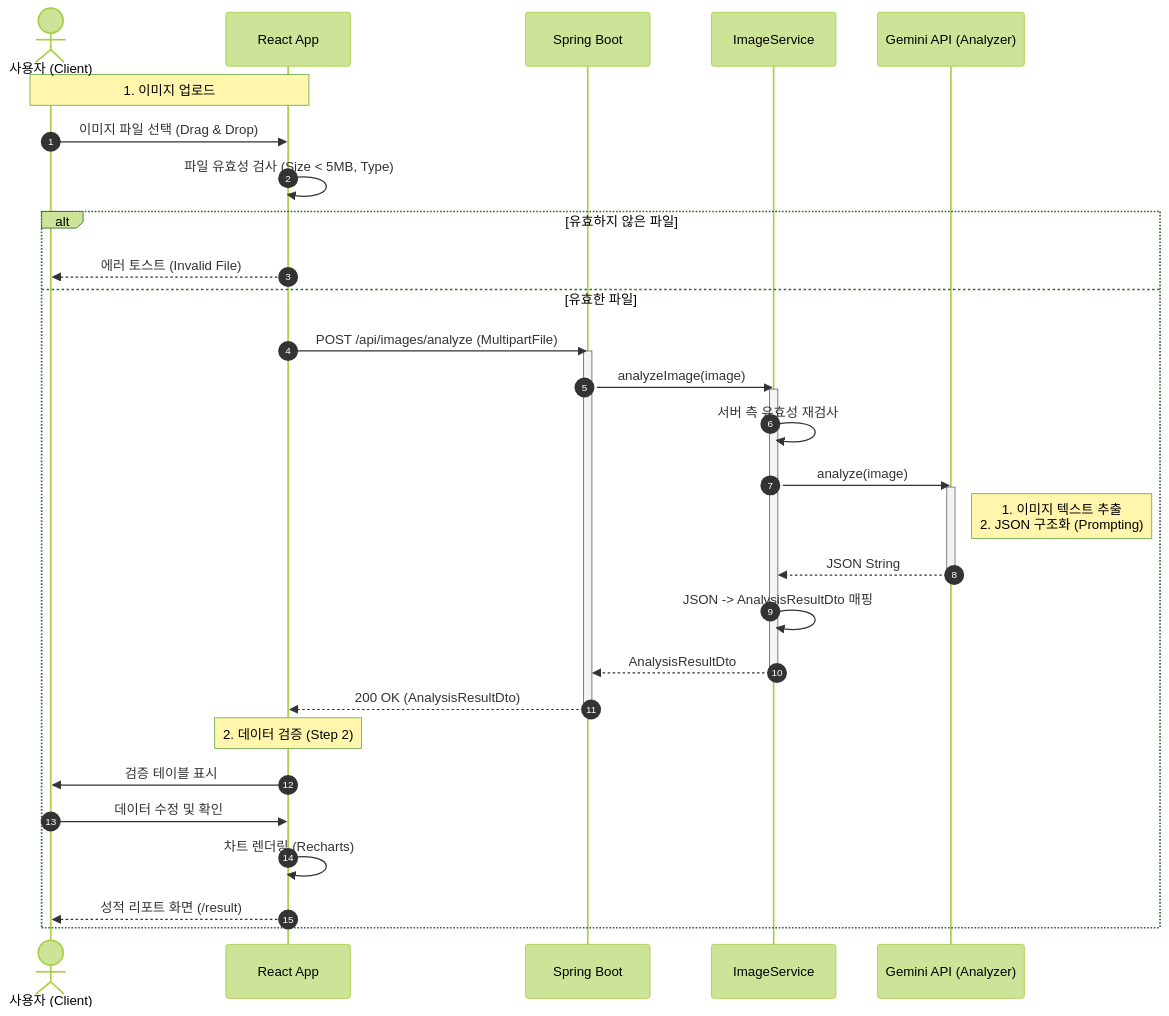
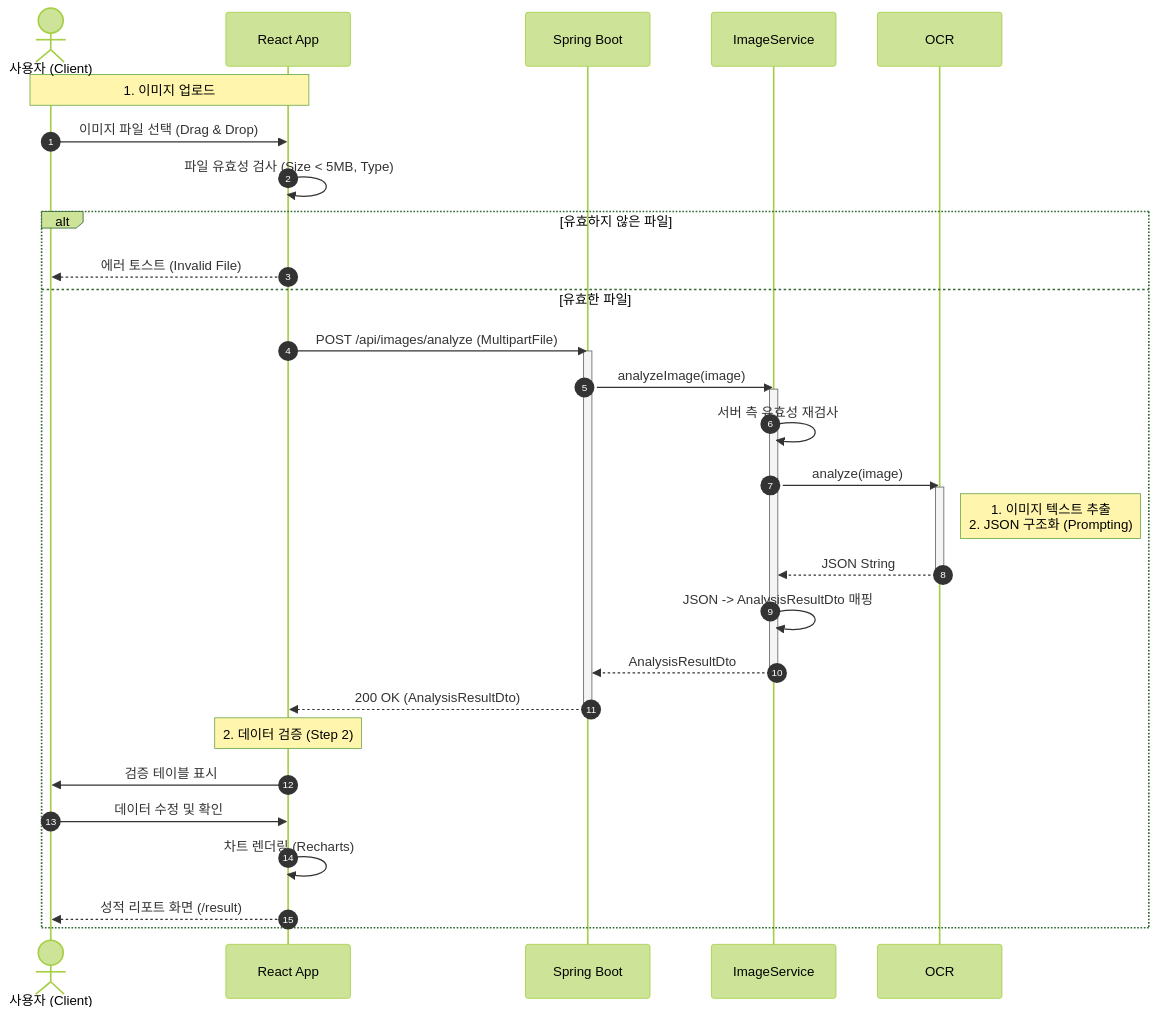
The first of 6 diagrams in docs/sequence_diagram.md (taejinchoi-cbnu/CBNU-25-2-OpenSource-Dev-Project), drawn with Mermaid (forest theme) before and after one commit. The commit also changed other lines of this file and 3 other files, not shown here.

````diff
--- a/docs/sequence_diagram.md
+++ b/docs/sequence_diagram.md
@@ -5,45 +5,45 @@
 ```mermaid
 sequenceDiagram
-    autonumber
     actor User as 사용자 (Client)
     participant Client as React App
     participant Server as Spring Boot
     participant Service as ImageService
-    participant OCR as Gemini API (Analyzer)
-    
+    participant OCR
+    autonumber
+
     Note over User, Client: 1. 이미지 업로드
     User->>Client: 이미지 파일 선택 (Drag & Drop)
     Client->>Client: 파일 유효성 검사 (Size < 5MB, Type)
-    
+
     alt 유효하지 않은 파일
         Client-->>User: 에러 토스트 (Invalid File)
     else 유효한 파일
         Client->>Server: POST /api/images/analyze (MultipartFile)
         activate Server
-        
+
         Server->>Service: analyzeImage(image)
         activate Service
-        
+
         Service->>Service: 서버 측 유효성 재검사
-        
+
         Service->>OCR: analyze(image)
         activate OCR
         Note right of OCR: 1. 이미지 텍스트 추출<br/>2. JSON 구조화 (Prompting)
         OCR-->>Service: JSON String
         deactivate OCR
-        
+
         Service->>Service: JSON -> AnalysisResultDto 매핑
         Service-->>Server: AnalysisResultDto
         deactivate Service
-        
+
         Server-->>Client: 200 OK (AnalysisResultDto)
         deactivate Server
-        
+
         Note over Client: 2. 데이터 검증 (Step 2)
         Client->>User: 검증 테이블 표시
-        
+
         User->>Client: 데이터 수정 및 확인
         Client->>Client: 차트 렌더링 (Recharts)
         Client-->>User: 성적 리포트 화면 (/result)
     end
 ```
````
